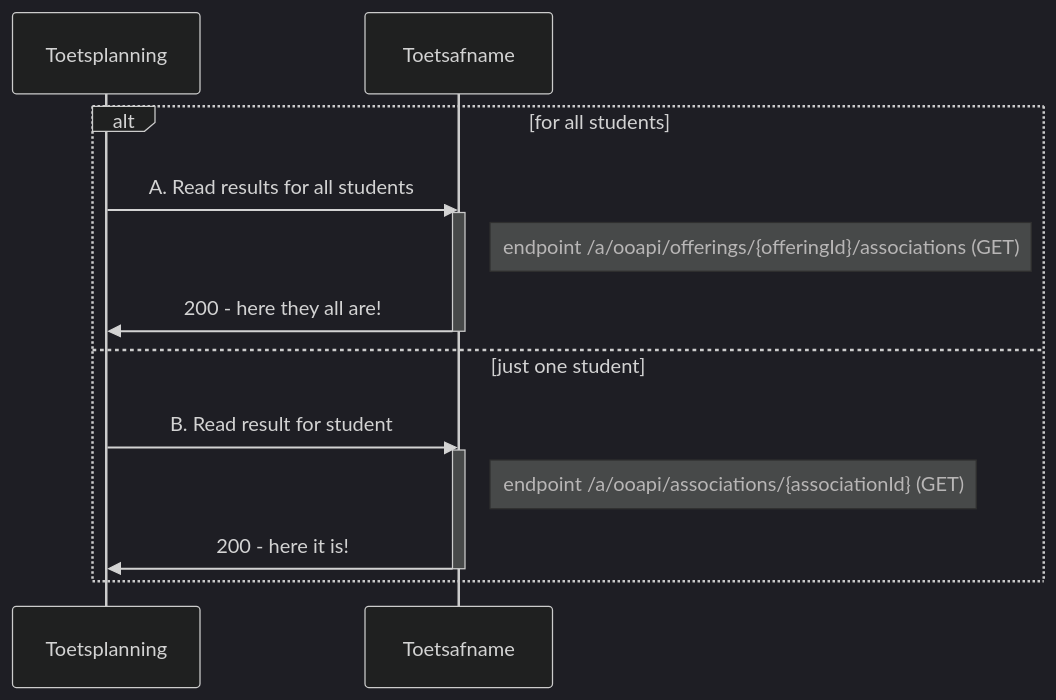
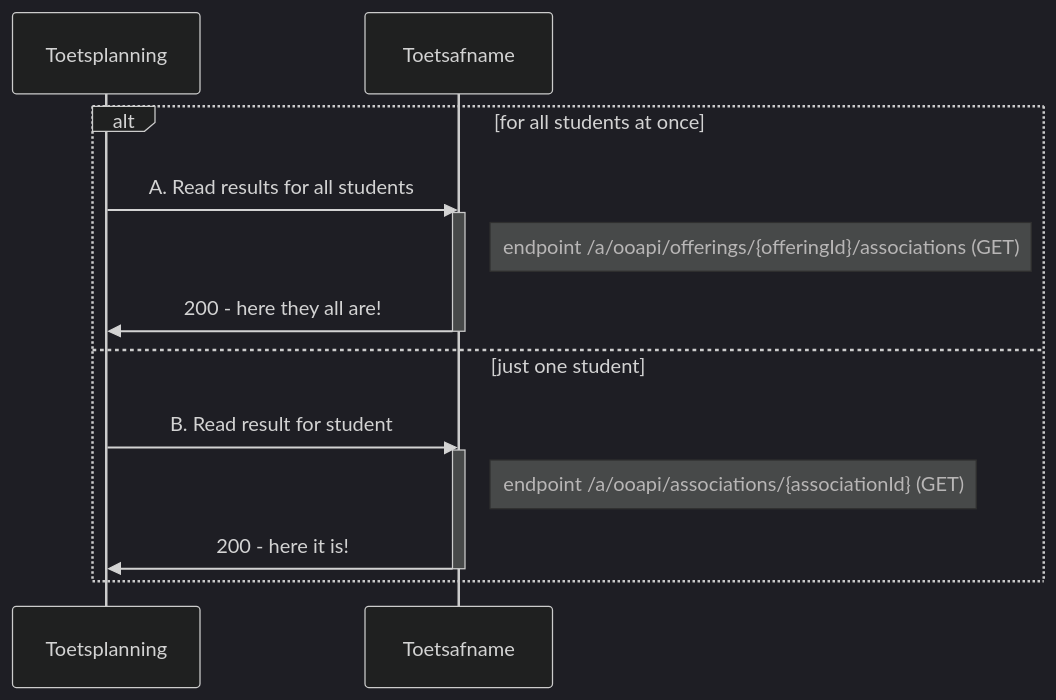
One commit to NetwerkExamineringDigitalisering/NED-OOAPI changed the fourth of 4 diagrams in doc/flow3.md. Above: the diagram before and after it, drawn with Mermaid (dark theme). The commit also changed other lines of this file, not shown here.

````diff
--- a/doc/flow3.md
+++ b/doc/flow3.md
@@ -158,16 +159,16 @@
 ```mermaid
 sequenceDiagram
-    alt for all students
+    alt for all students at once
         Toetsplanning->>Toetsafname: A. Read results for all students
         activate Toetsafname
         Note right of Toetsafname: endpoint /a/ooapi/offerings/{offeringId}/associations (GET)
         Toetsafname->>Toetsplanning: 200 - here they all are!
         deactivate Toetsafname
     else just one student
         Toetsplanning->>Toetsafname: B. Read result for student
         activate Toetsafname
         Note right of Toetsafname: endpoint /a/ooapi/associations/{associationId} (GET)
         Toetsafname->>Toetsplanning: 200 - here it is!
         deactivate Toetsafname
     end
 ```
````
